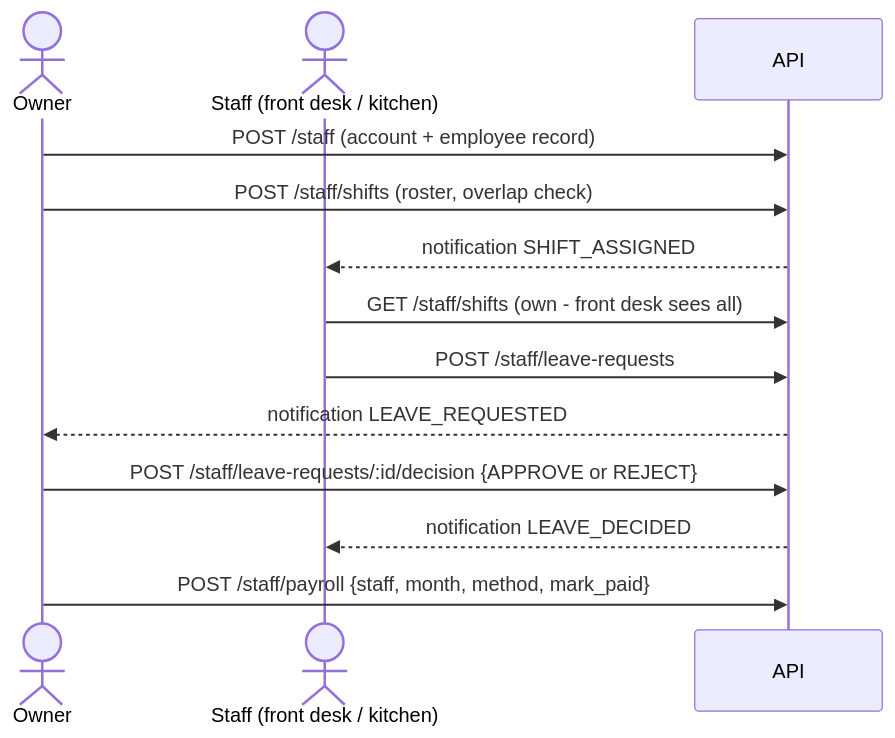
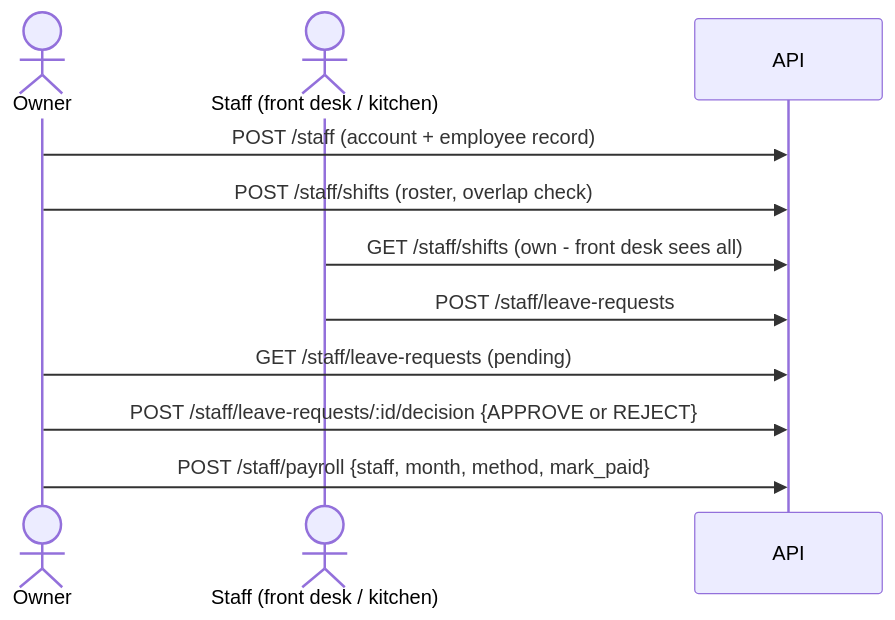
Before and after one commit to OjasPurohit/Meridian-Bay: diagram 17 of 18 in docs/workflows/USER_FLOWS.md, drawn with Mermaid. The commit also changed other lines of this file and 276 other files, not shown here.

````diff
--- a/docs/workflows/USER_FLOWS.md
+++ b/docs/workflows/USER_FLOWS.md
@@ -393,15 +307,13 @@
 ```mermaid
 sequenceDiagram
   actor O as Owner
   actor S as Staff (front desk / kitchen)
   participant API as API
   O->>API: POST /staff (account + employee record)
   O->>API: POST /staff/shifts (roster, overlap check)
-  API-->>S: notification SHIFT_ASSIGNED
   S->>API: GET /staff/shifts (own - front desk sees all)
   S->>API: POST /staff/leave-requests
-  API-->>O: notification LEAVE_REQUESTED
+  O->>API: GET /staff/leave-requests (pending)
   O->>API: POST /staff/leave-requests/:id/decision {APPROVE or REJECT}
-  API-->>S: notification LEAVE_DECIDED
   O->>API: POST /staff/payroll {staff, month, method, mark_paid}
 ```
````
